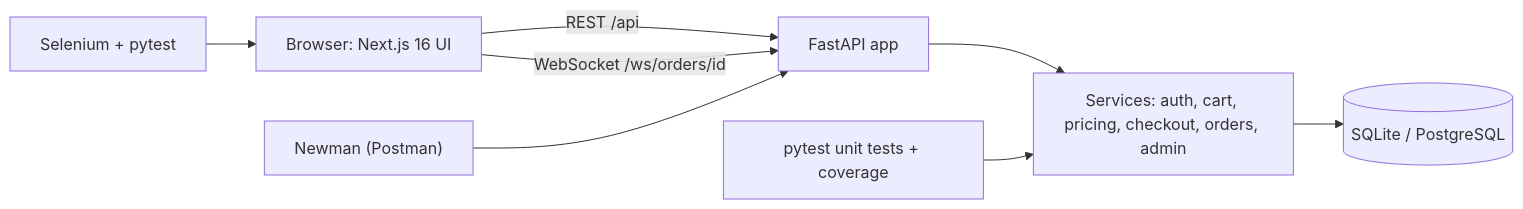
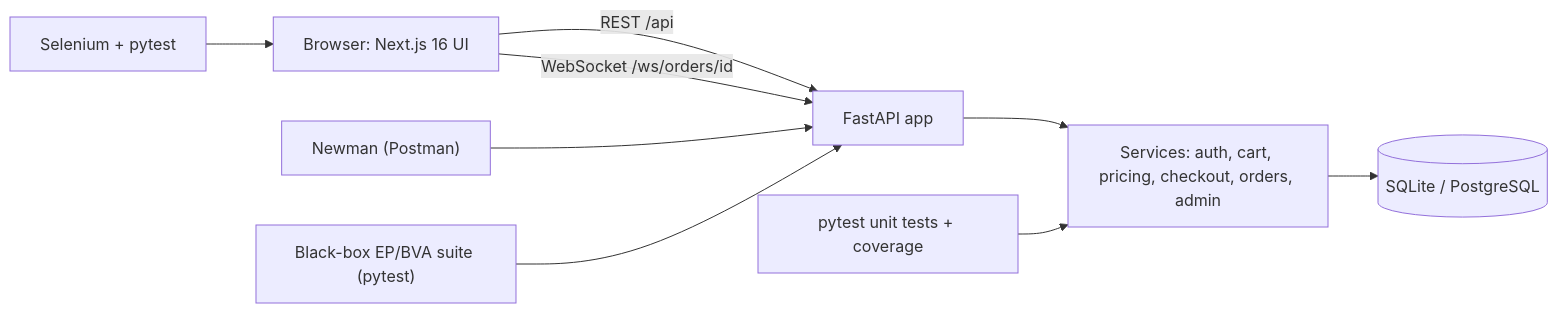
The diagram in README.md (praarn/FreshCart-Software-Testing-Portfolio-7thSem), drawn with Mermaid before and after one commit. The commit also changed other lines of this file and 45 other files, not shown here.

First line of the commit message:
test: add black-box EP and BVA suite, make the two white-box methods explicit

````diff
--- a/README.md
+++ b/README.md
@@ -41,10 +43,11 @@
 ```mermaid
 flowchart LR
     B["Browser: Next.js 16 UI"] -- "REST /api" --> A["FastAPI app"]
     B -- "WebSocket /ws/orders/id" --> A
     A --> S["Services: auth, cart, pricing, checkout, orders, admin"]
     S --> D[("SQLite / PostgreSQL")]
     T["Selenium + pytest"] --> B
     N["Newman (Postman)"] --> A
     U["pytest unit tests + coverage"] --> S
+    K["Black-box EP/BVA suite (pytest)"] --> A
 ```
````
